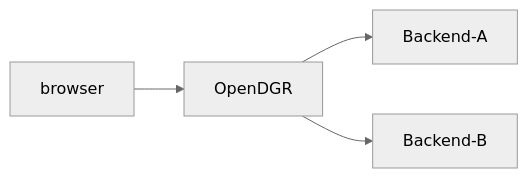
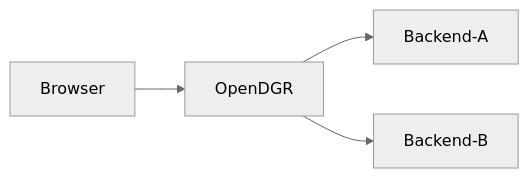
The diagram in readme.md (philipz/digiRunner-Open-Source), drawn with Mermaid (neutral theme) before and after one commit.

````diff
--- a/readme.md
+++ b/readme.md
@@ -29,6 +29,6 @@
 ```mermaid
 graph LR;
-browser-->OpenDGR;
+Browser-->OpenDGR;
 OpenDGR-->Backend-A;
 OpenDGR-->Backend-B;
 ```
````
